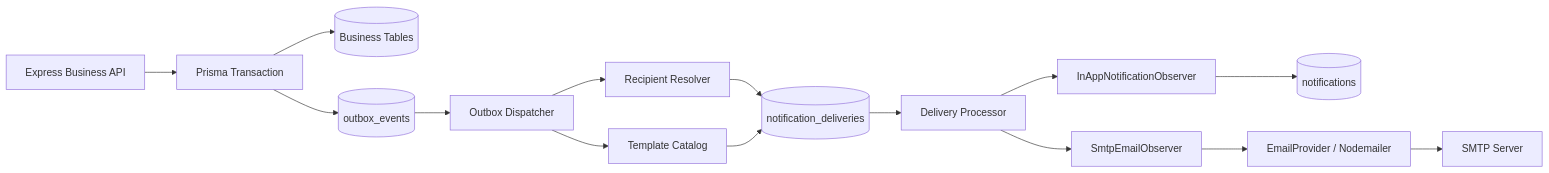
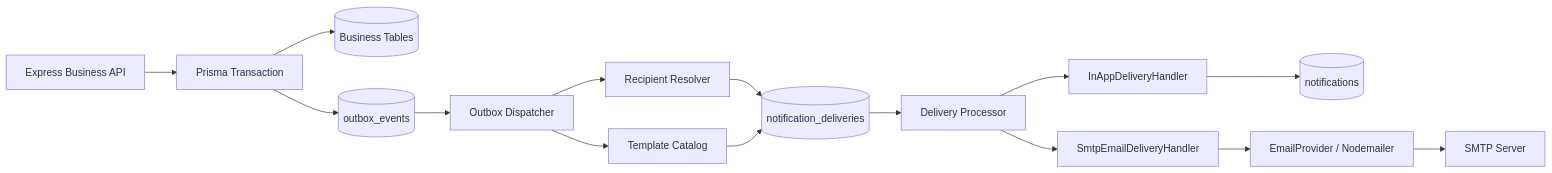
The diagram in docs/plans/2026-08-19-observer-transactional-outbox-notification-delivery.md (Tuyen-ares/training_SE), drawn with Mermaid before and after one commit. The commit also changed other lines of this file and 104 other files, not shown here.

````diff
--- a/docs/plans/2026-08-19-observer-transactional-outbox-notification-delivery.md
+++ b/docs/plans/2026-08-19-observer-transactional-outbox-notification-delivery.md
@@ -155,19 +156,19 @@
 ```mermaid
 flowchart LR
   API[Express Business API] --> TX[Prisma Transaction]
   TX --> BUSINESS[(Business Tables)]
   TX --> OUTBOX[(outbox_events)]
 
   OUTBOX --> DISPATCHER[Outbox Dispatcher]
   DISPATCHER --> RESOLVER[Recipient Resolver]
   DISPATCHER --> TEMPLATE[Template Catalog]
   RESOLVER --> DELIVERY[(notification_deliveries)]
   TEMPLATE --> DELIVERY
 
   DELIVERY --> PROCESSOR[Delivery Processor]
-  PROCESSOR --> INAPP[InAppNotificationObserver]
-  PROCESSOR --> SMTP[SmtpEmailObserver]
+  PROCESSOR --> INAPP[InAppDeliveryHandler]
+  PROCESSOR --> SMTP[SmtpEmailDeliveryHandler]
   INAPP --> NOTIFICATIONS[(notifications)]
   SMTP --> PROVIDER[EmailProvider / Nodemailer]
   PROVIDER --> MAIL[SMTP Server]
 ```
````
